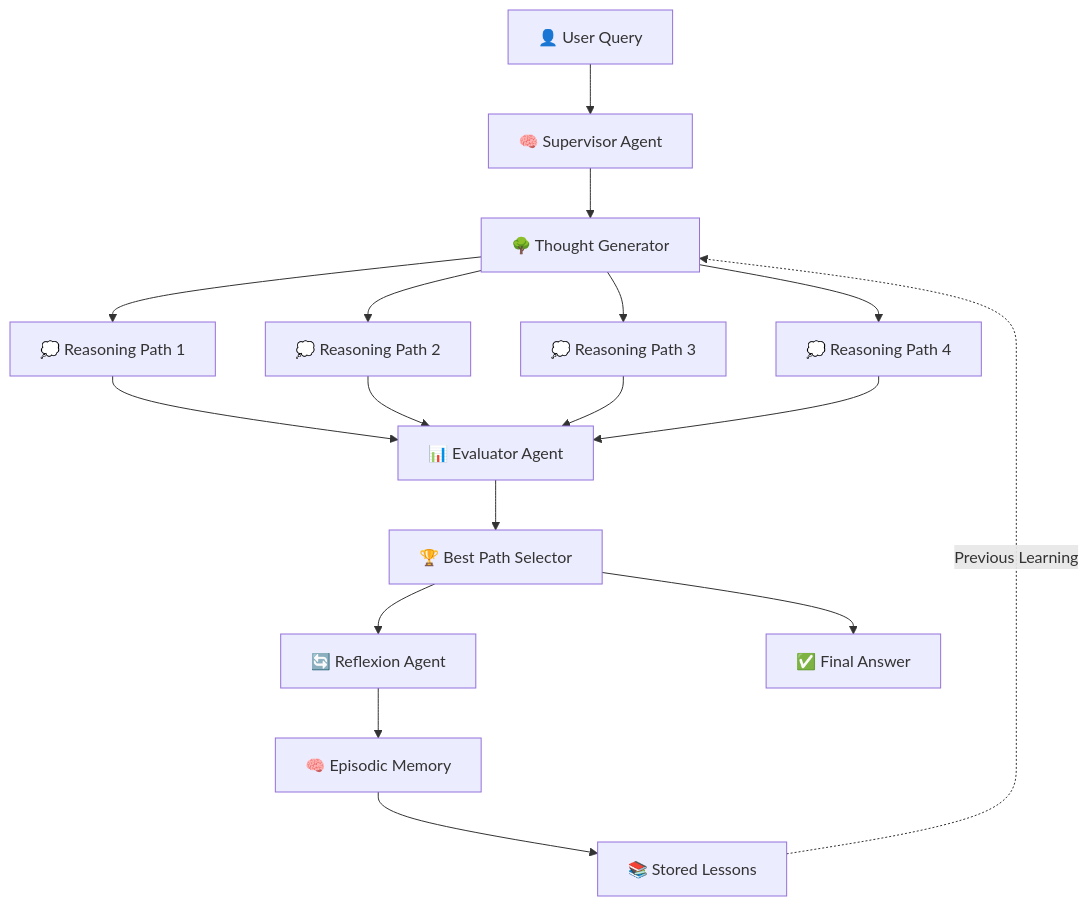
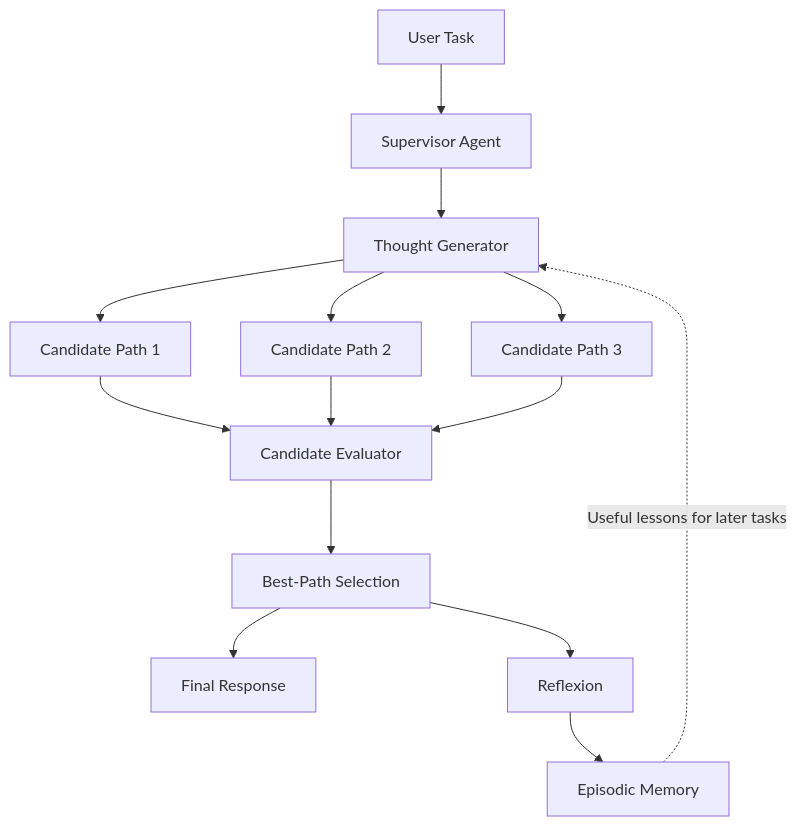
Before and after one commit to prajapatishubham336/self-evolving-agent: the diagram in README.md, drawn with Mermaid. The commit also changed other lines of this file and 10 other files, not shown here.

````diff
--- a/README.md
+++ b/README.md
@@ -48,29 +49,16 @@
 ```mermaid
 flowchart TD
-
-    A[👤 User Query] --> B[🧠 Supervisor Agent]
-
-    B --> C[🌳 Thought Generator]
-
-    C --> P1[💭 Reasoning Path 1]
-    C --> P2[💭 Reasoning Path 2]
-    C --> P3[💭 Reasoning Path 3]
-    C --> P4[💭 Reasoning Path 4]
-
-    P1 --> E[📊 Evaluator Agent]
-    P2 --> E
-    P3 --> E
-    P4 --> E
-
-    E --> S[🏆 Best Path Selector]
-
-    S --> R[🔄 Reflexion Agent]
-
-    R --> M[🧠 Episodic Memory]
-
-    M --> L[📚 Stored Lessons]
-
-    L -. Previous Learning .-> C
-
-    S --> F[✅ Final Answer]
+    A[User Task] --> B[Supervisor Agent]
+    B --> C[Thought Generator]
+    C --> P1[Candidate Path 1]
+    C --> P2[Candidate Path 2]
+    C --> P3[Candidate Path 3]
+    P1 --> D[Candidate Evaluator]
+    P2 --> D
+    P3 --> D
+    D --> E[Best-Path Selection]
+    E --> F[Final Response]
+    E --> G[Reflexion]
+    G --> H[Episodic Memory]
+    H -. Useful lessons for later tasks .-> C
 ```
````
